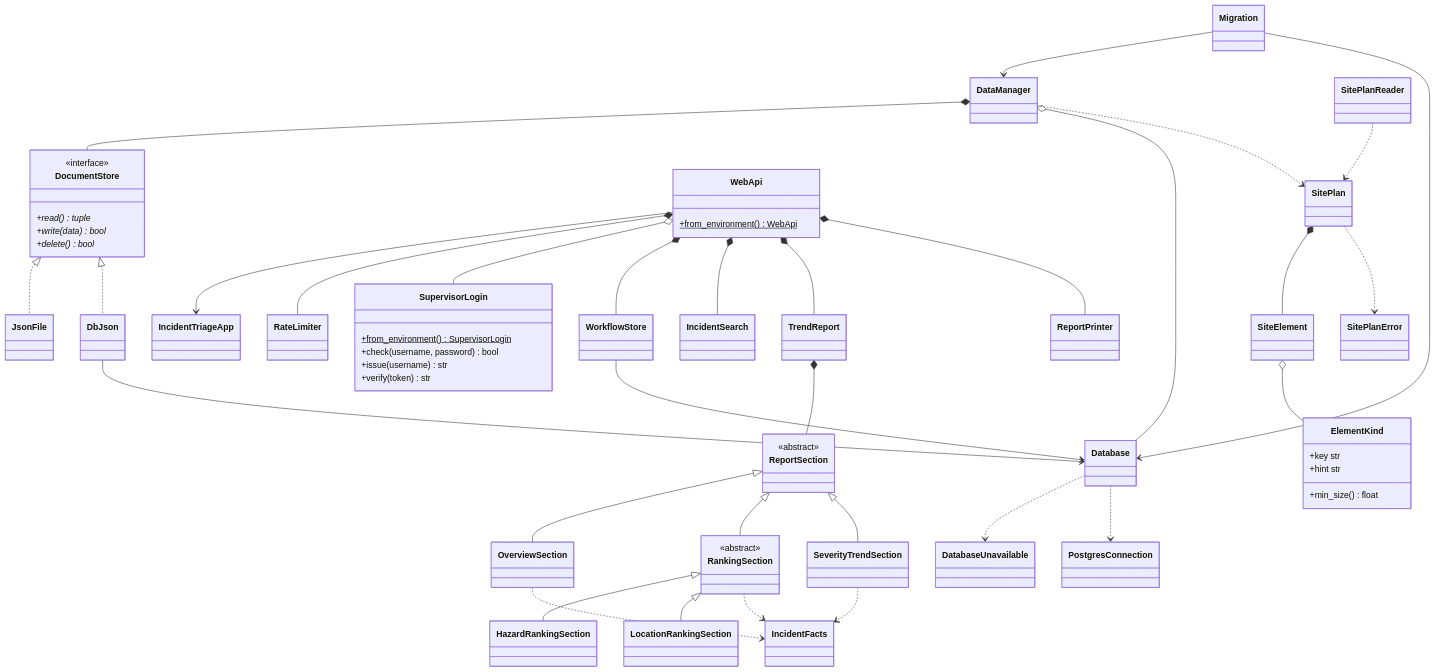
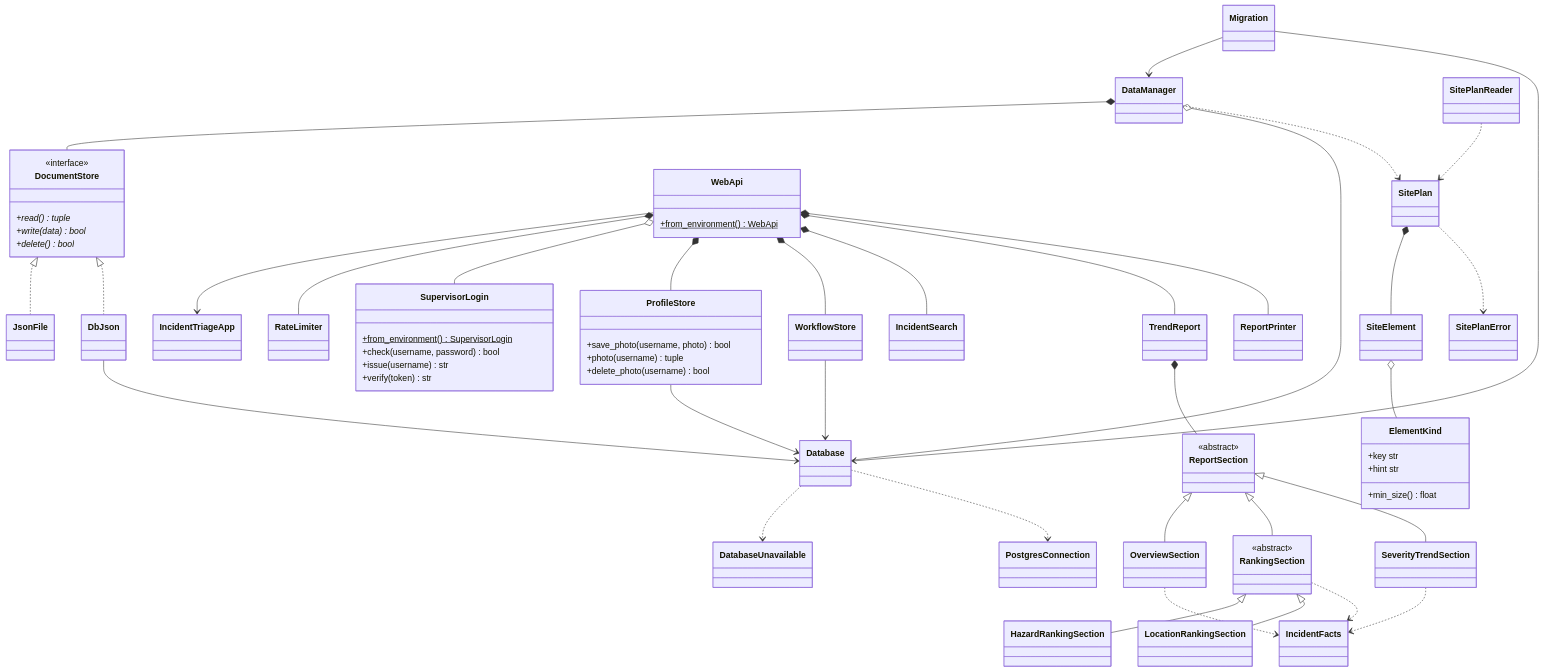
Before and after one commit to P11-team6-INF1103/inf1103-P-11team6: the second of 2 diagrams in README.md, drawn with Mermaid. The commit also changed other lines of this file, not shown here.

Commit message:
(2605750 Darrel) Document the profile page, its routes and ProfileStore in the README

```diff
--- a/README.md
+++ b/README.md
@@ -372,6 +375,11 @@
         +from_environment()$ WebApi
     }
     class RateLimiter
+    class ProfileStore {
+        +save_photo(username, photo) bool
+        +photo(username) tuple
+        +delete_photo(username) bool
+    }
     class SupervisorLogin {
         +from_environment()$ SupervisorLogin
         +check(username, password) bool
@@ -416,6 +424,8 @@
     WebApi --> IncidentTriageApp
     WebApi *-- RateLimiter
     WebApi o-- SupervisorLogin
+    WebApi *-- ProfileStore
+    ProfileStore --> Database
     WebApi *-- WorkflowStore
     WebApi *-- IncidentSearch
     WebApi *-- TrendReport
```
